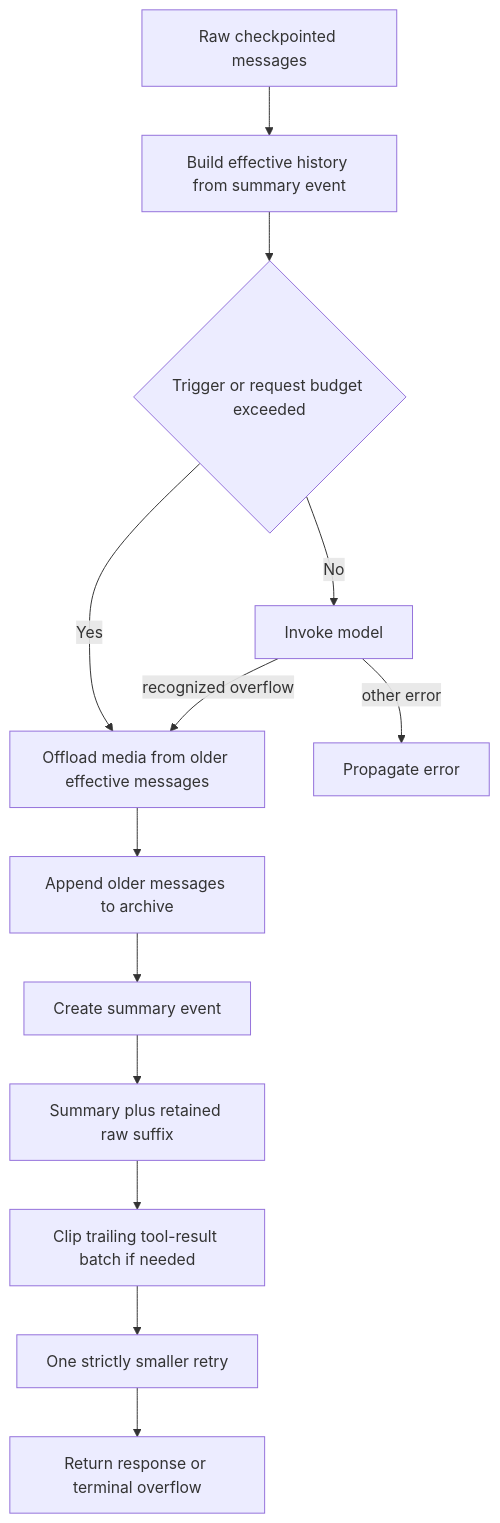
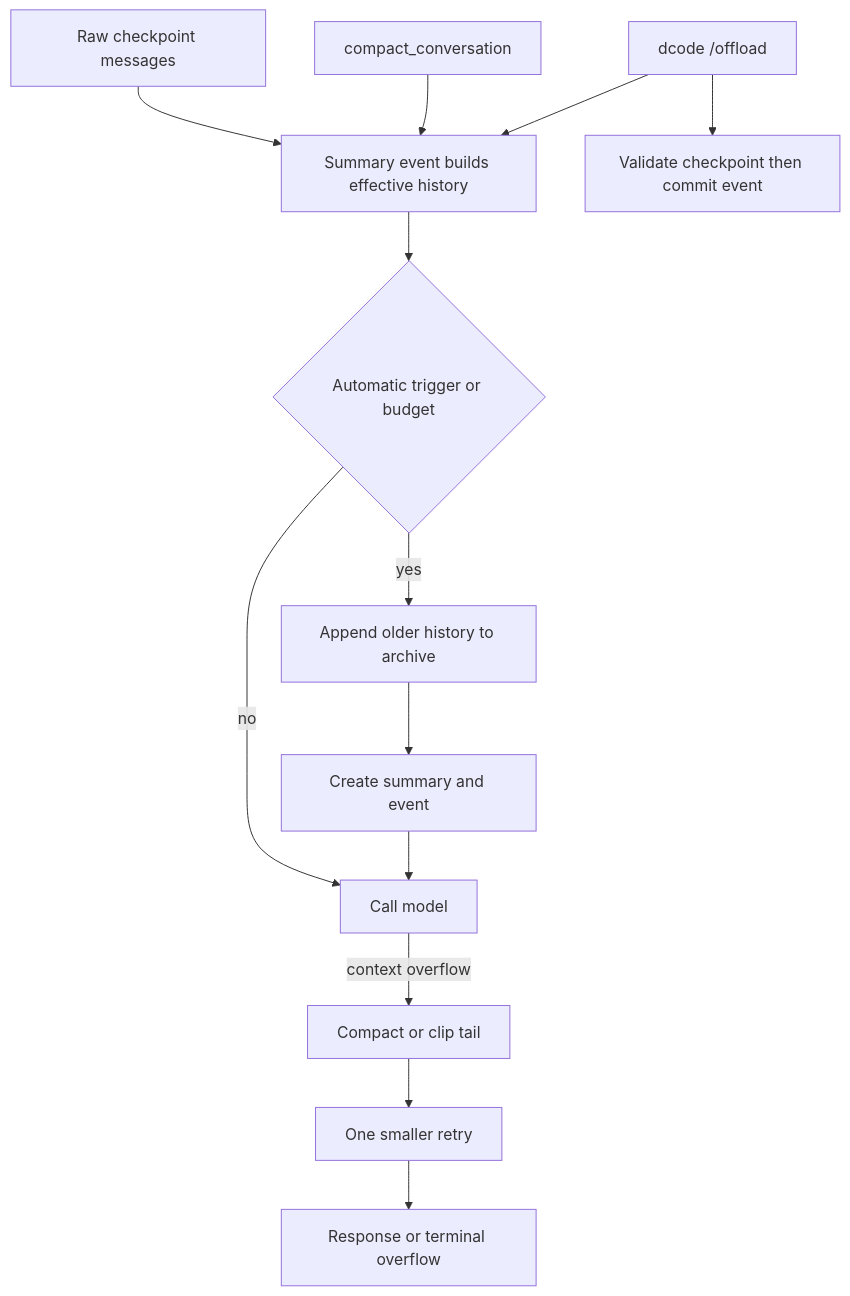
The diagram in openwiki/concepts/context-management.md (langchain-ai/deepagents), drawn with Mermaid before and after one commit. The commit also changed other lines of this file and 69 other files, not shown here.

````diff
--- a/openwiki/concepts/context-management.md
+++ b/openwiki/concepts/context-management.md
@@ -30,15 +43,15 @@
 ```mermaid
 flowchart TD
-    Raw["Raw checkpointed messages"] --> Shape["Build effective history from summary event"]
-    Shape --> Check{"Trigger or request budget exceeded"}
-    Check -->|"No"| Initial["Invoke model"]
-    Check -->|"Yes"| Media["Offload media from older effective messages"]
-    Initial -->|"recognized overflow"| Media
-    Media --> Archive["Append older messages to archive"]
-    Archive --> Summarize["Create summary event"]
-    Summarize --> Effective["Summary plus retained raw suffix"]
-    Effective --> Clip["Clip trailing tool-result batch if needed"]
-    Clip --> Retry["One strictly smaller retry"]
-    Retry --> Done["Return response or terminal overflow"]
-    Initial -->|"other error"| Raise["Propagate error"]
+    Raw["Raw checkpoint messages"] --> Effective["Summary event builds effective history"]
+    Effective --> Decision{"Automatic trigger or budget"}
+    Decision -->|"no"| Call["Call model"]
+    Decision -->|"yes"| Archive["Append older history to archive"]
+    Archive --> Summary["Create summary and event"]
+    Summary --> Call
+    Call -->|"context overflow"| Retry["Compact or clip tail"]
+    Retry --> Reduced["One smaller retry"]
+    Reduced --> Result["Response or terminal overflow"]
+    Manual["compact_conversation"] --> Effective
+    Offload["dcode /offload"] --> Effective
+    Offload --> Commit["Validate checkpoint then commit event"]
 ```
````
